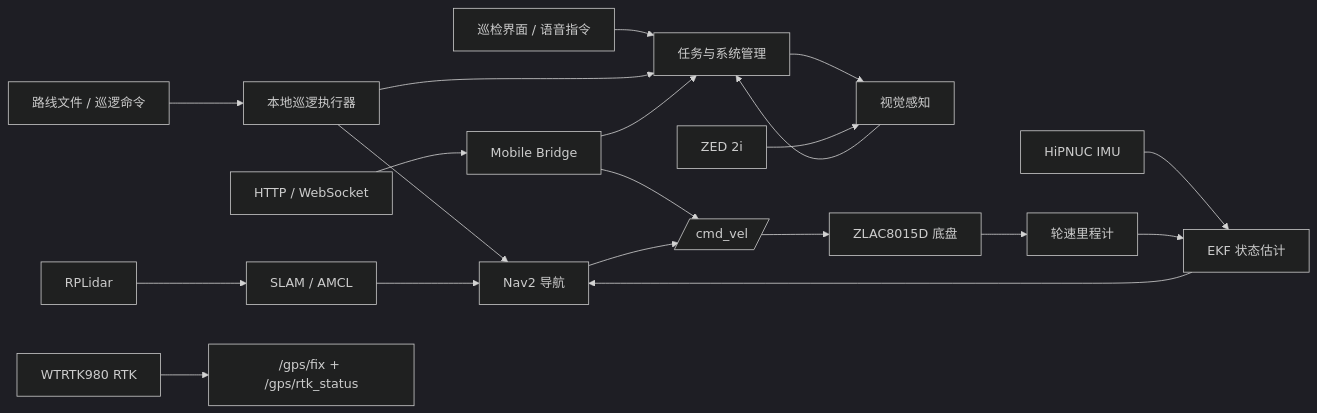
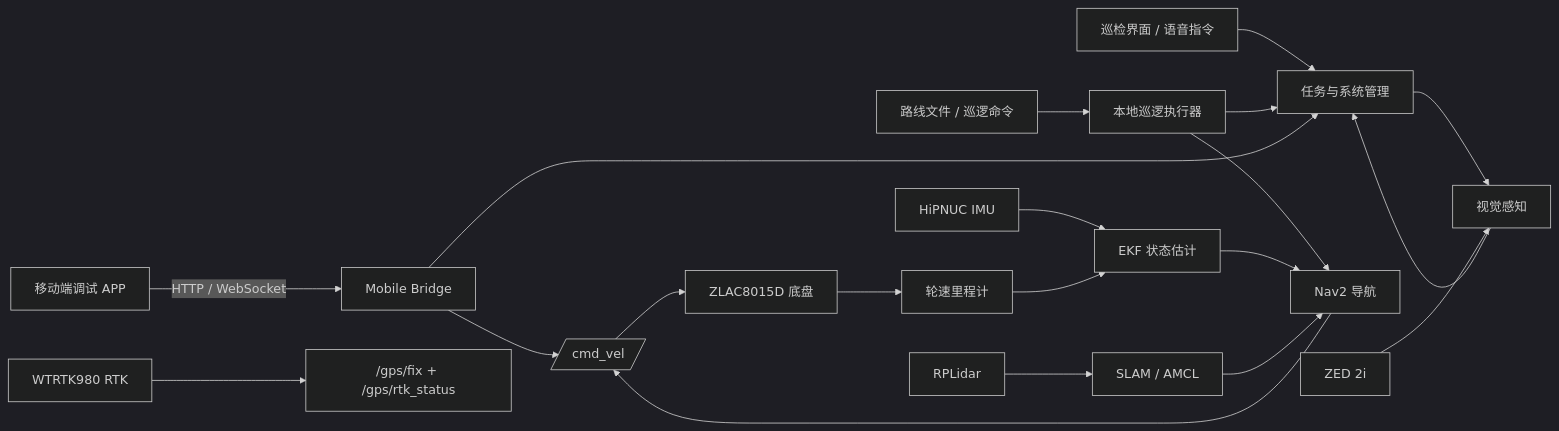
One commit to liaojingwu20041031/electric-power-inspection-robot changed the diagram in README.md. Above: the diagram before and after it, drawn with Mermaid (dark theme). The commit also changed other lines of this file and 3 other files, not shown here.

````diff
--- a/README.md
+++ b/README.md
@@ -41,25 +84,25 @@
 ```mermaid
 flowchart LR
     UI[巡检界面 / 语音指令] --> TASK[任务与系统管理]
+    APP[移动端调试 APP] -->|HTTP / WebSocket| BRIDGE[Mobile Bridge]
     ROUTE[路线文件 / 巡逻命令] --> PATROL[本地巡逻执行器]
     PATROL --> NAV[Nav2 导航]
     PATROL --> TASK
     TASK --> PERCEPTION[视觉感知]
-    WEB[HTTP / WebSocket] --> BRIDGE[Mobile Bridge]
     BRIDGE --> TASK
     BRIDGE --> CMD
 
     NAV --> CMD[/cmd_vel/]
     CMD --> BASE[ZLAC8015D 底盘]
     BASE --> ODOM[轮速里程计]
 
     LIDAR[RPLidar] --> SLAM[SLAM / AMCL]
     IMU[HiPNUC IMU] --> EKF[EKF 状态估计]
     RTK[WTRTK980 RTK] --> GPS["/gps/fix + /gps/rtk_status"]
     ODOM --> EKF
     EKF --> NAV
     SLAM --> NAV
 
     ZED[ZED 2i] --> PERCEPTION
     PERCEPTION --> TASK
 ```
````
